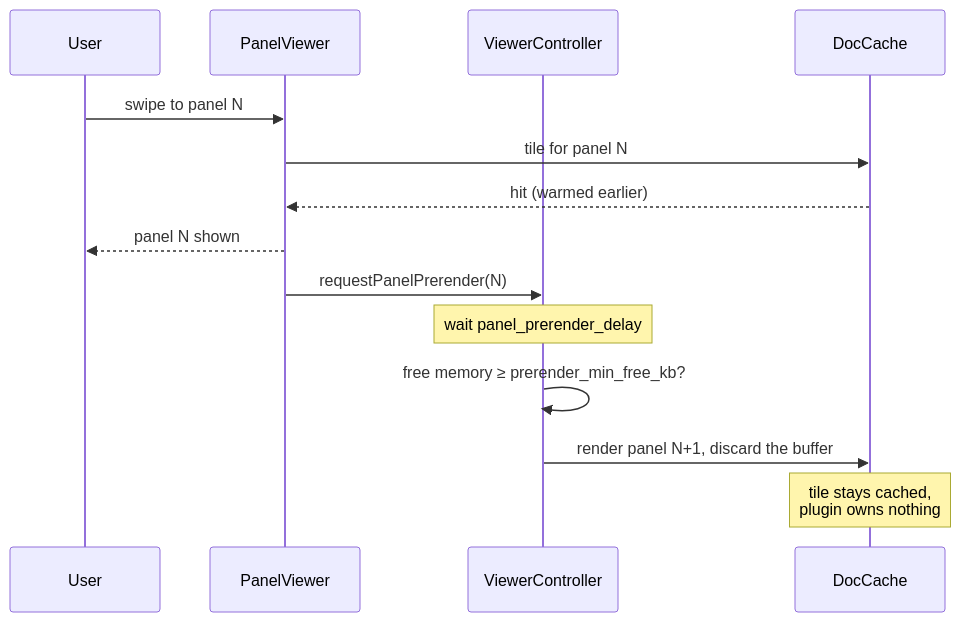
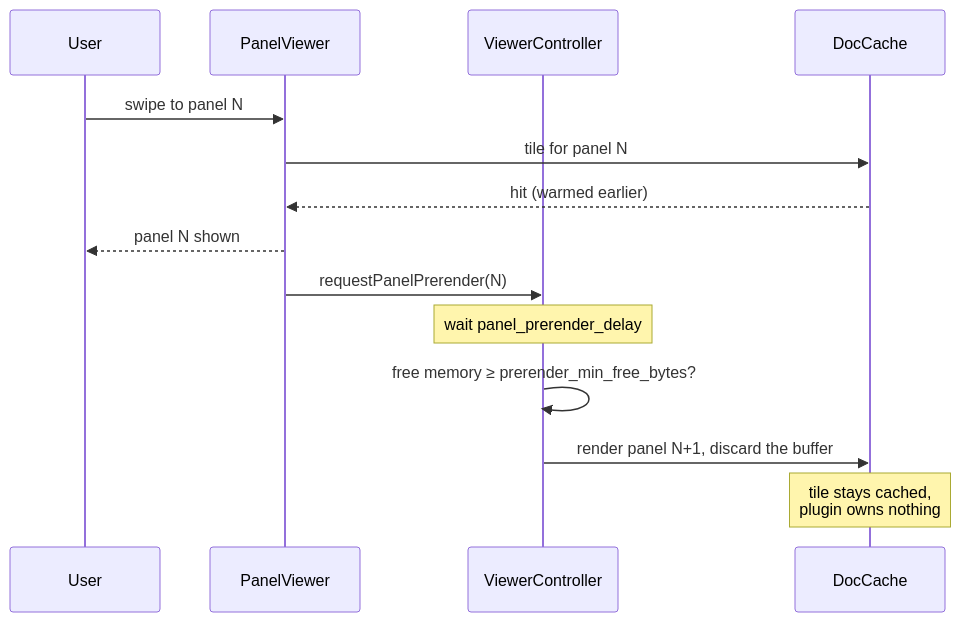
The third of 3 diagrams in docs/PERFORMANCE.md (KristanLaimon/PanelsPlus), drawn with Mermaid before and after one commit. The commit also changed other lines of this file and 3 other files, not shown here.

First line of the commit message:
fix(viewer): compare prerender headroom in bytes, not kilobytes

````diff
--- a/docs/PERFORMANCE.md
+++ b/docs/PERFORMANCE.md
@@ -108,17 +108,17 @@
 ```mermaid
 sequenceDiagram
     participant U as User
     participant V as PanelViewer
     participant VC as ViewerController
     participant D as DocCache
 
     U->>V: swipe to panel N
     V->>D: tile for panel N
     D-->>V: hit (warmed earlier)
     V-->>U: panel N shown
     V->>VC: requestPanelPrerender(N)
     Note over VC: wait panel_prerender_delay
-    VC->>VC: free memory ≥ prerender_min_free_kb?
+    VC->>VC: free memory ≥ prerender_min_free_bytes?
     VC->>D: render panel N+1, discard the buffer
     Note over D: tile stays cached,<br/>plugin owns nothing
 ```
````
